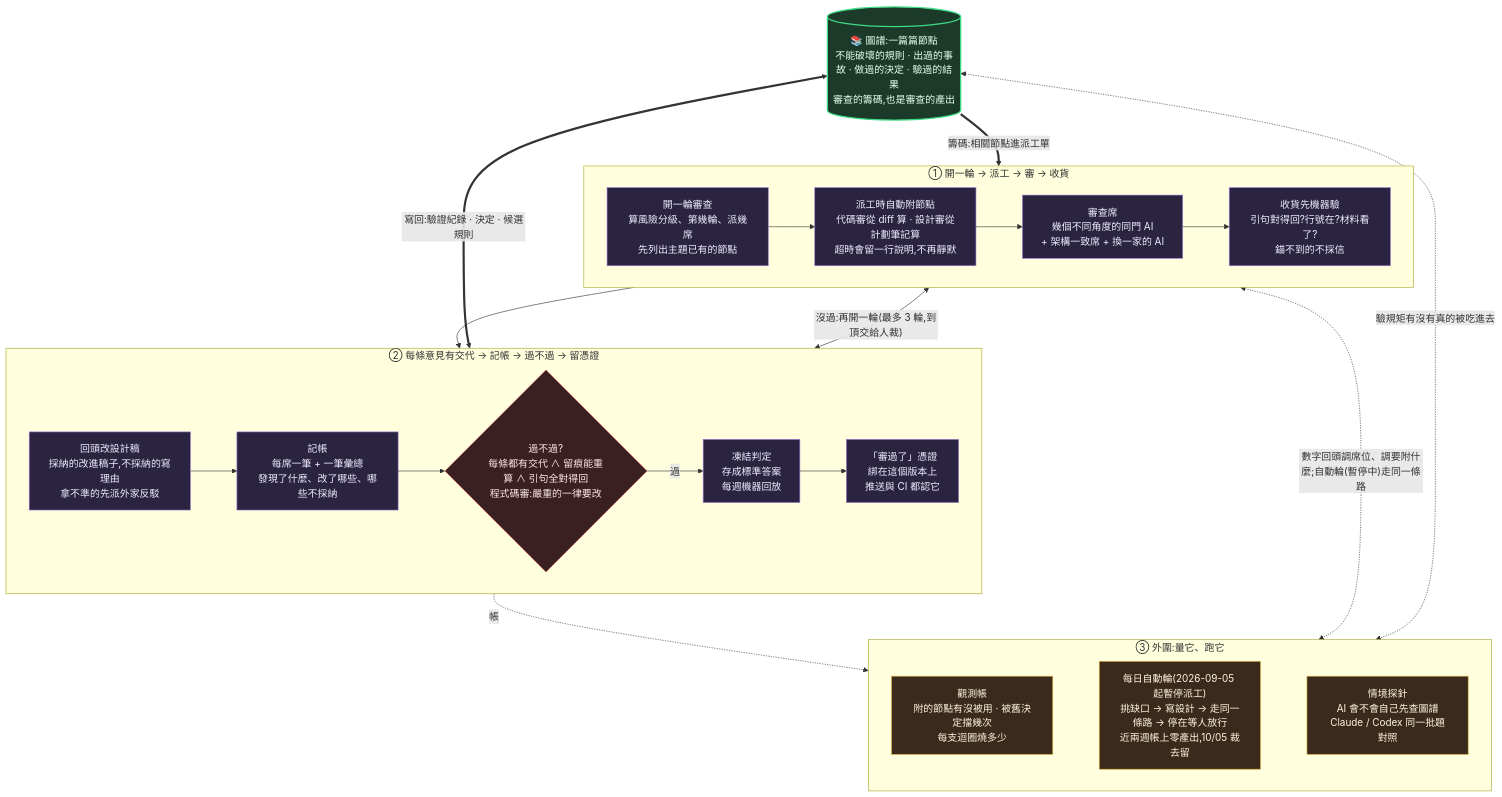
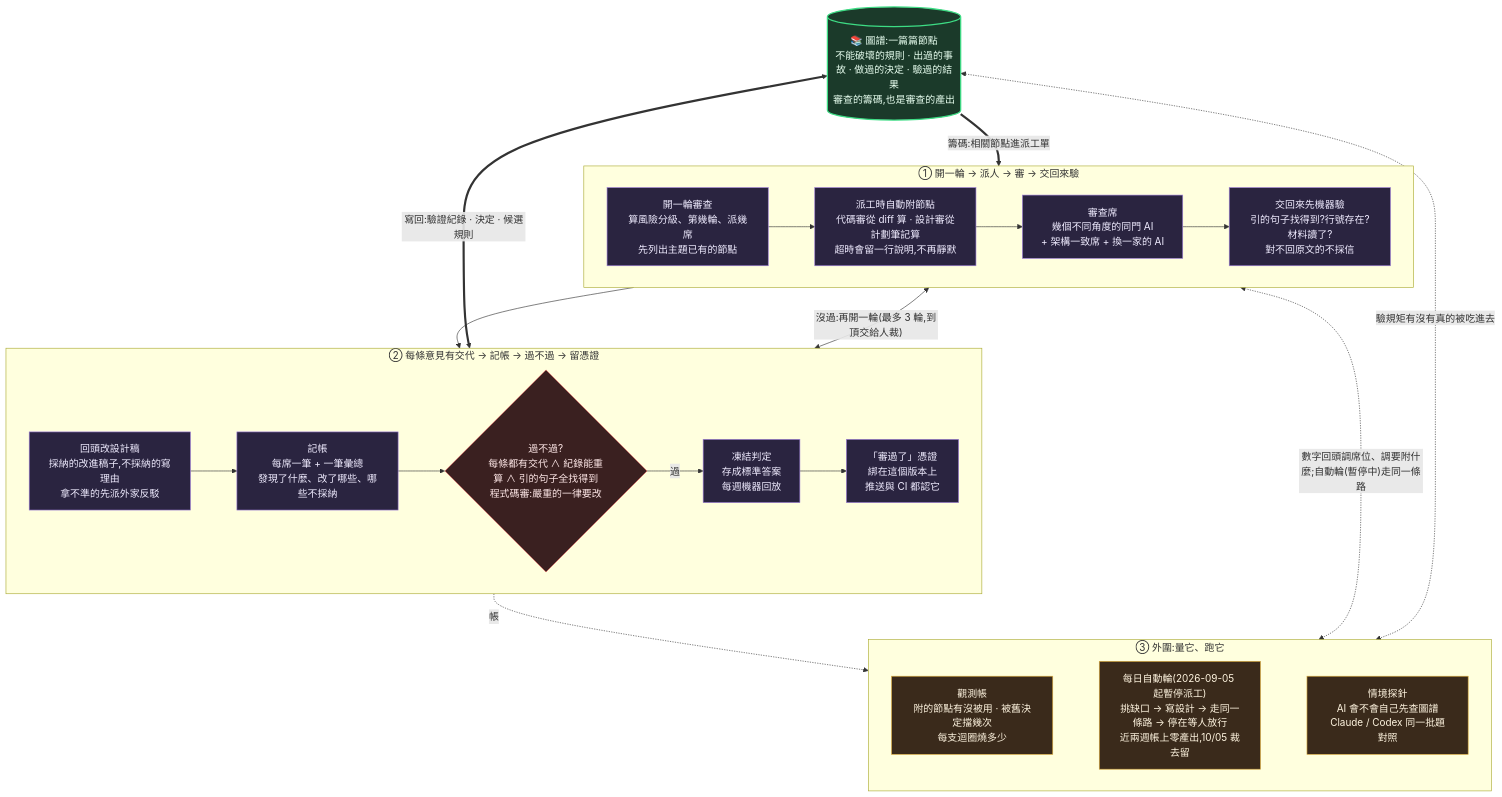
One commit to EnzoHsieh-Android/Lumos changed the fifth of 5 diagrams in ARCHITECTURE.md. Above: the diagram before and after it, drawn with Mermaid. The commit also changed other lines of this file and 9 other files, not shown here.

````diff
--- a/ARCHITECTURE.md
+++ b/ARCHITECTURE.md
@@ -194,36 +208,36 @@
 ```mermaid
 flowchart TB
     NODES[("📚 圖譜:一篇篇節點<br/>不能破壞的規則 · 出過的事故 · 做過的決定 · 驗過的結果<br/>審查的籌碼,也是審查的產出")]
 
-    subgraph R1["① 開一輪 → 派工 → 審 → 收貨"]
+    subgraph R1["① 開一輪 → 派人 → 審 → 交回來驗"]
         direction LR
-        NEXT["開一輪審查<br/>算風險分級、第幾輪、派幾席<br/>先列出主題已有的節點"] --> LENS["派工時自動附節點<br/>代碼審從 diff 算 · 設計審從計劃筆記算<br/>超時會留一行說明,不再靜默"] --> SEATS["審查席<br/>幾個不同角度的同門 AI<br/>+ 架構一致席 + 換一家的 AI"] --> INTAKE["收貨先機器驗<br/>引句對得回?行號在?材料看了?<br/>錨不到的不採信"]
+        NEXT["開一輪審查<br/>算風險分級、第幾輪、派幾席<br/>先列出主題已有的節點"] --> LENS["派工時自動附節點<br/>代碼審從 diff 算 · 設計審從計劃筆記算<br/>超時會留一行說明,不再靜默"] --> SEATS["審查席<br/>幾個不同角度的同門 AI<br/>+ 架構一致席 + 換一家的 AI"] --> INTAKE["交回來先機器驗<br/>引的句子找得到?行號存在?材料讀了?<br/>對不回原文的不採信"]
     end
 
     subgraph R2["② 每條意見有交代 → 記帳 → 過不過 → 留憑證"]
         direction LR
-        FOLD["回頭改設計稿<br/>採納的改進稿子,不採納的寫理由<br/>拿不準的先派外家反駁"] --> LEDGER["記帳<br/>每席一筆 + 一筆彙總<br/>發現了什麼、改了哪些、哪些不採納"] --> GATE{"過不過?<br/>每條都有交代 ∧ 留痕能重算 ∧ 引句全對得回<br/>程式碼審:嚴重的一律要改"} -->|過| FREEZE["凍結判定<br/>存成標準答案<br/>每週機器回放"] --> PASS["「審過了」憑證<br/>綁在這個版本上<br/>推送與 CI 都認它"]
+        FOLD["回頭改設計稿<br/>採納的改進稿子,不採納的寫理由<br/>拿不準的先派外家反駁"] --> LEDGER["記帳<br/>每席一筆 + 一筆彙總<br/>發現了什麼、改了哪些、哪些不採納"] --> GATE{"過不過?<br/>每條都有交代 ∧ 紀錄能重算 ∧ 引的句子全找得到<br/>程式碼審:嚴重的一律要改"} -->|過| FREEZE["凍結判定<br/>存成標準答案<br/>每週機器回放"] --> PASS["「審過了」憑證<br/>綁在這個版本上<br/>推送與 CI 都認它"]
     end
 
     subgraph R3["③ 外圍:量它、跑它"]
         direction LR
         OBS["觀測帳<br/>附的節點有沒被用 · 被舊決定擋幾次<br/>每支迴圈燒多少"] ~~~ AUTO["每日自動輪(2026-09-05 起暫停派工)<br/>挑缺口 → 寫設計 → 走同一條路 → 停在等人放行<br/>近兩週帳上零產出,10/05 裁去留"] ~~~ PROBE["情境探針<br/>AI 會不會自己先查圖譜<br/>Claude / Codex 同一批題對照"]
     end
 
     NODES ==>|"籌碼:相關節點進派工單"| R1
     R1 --> R2
     R2 -.->|"帳"| R3
     NODES <==>|"寫回:驗證紀錄 · 決定 · 候選規則"| R2
     R1 <-->|"沒過:再開一輪(最多 3 輪,到頂交給人裁)"| R2
     R1 <-.->|"數字回頭調席位、調要附什麼;自動輪(暫停中)走同一條路"| R3
     NODES <-.->|"驗規矩有沒有真的被吃進去"| R3
 
     classDef gnode fill:#1b3a2a,stroke:#3ddc84,stroke-width:2px,color:#e8fff0
     classDef step fill:#2a2440,stroke:#9a7bd6,color:#f0ecff
     classDef gate fill:#3a2020,stroke:#dc5b5b,color:#ffe8e8
     classDef obs fill:#3a2a1b,stroke:#dcab3d,color:#fff5e0
     class NODES gnode
     class NEXT,LENS,SEATS,INTAKE,FOLD,LEDGER,FREEZE,PASS step
     class GATE gate
     class OBS,AUTO,PROBE obs
 ```
````
